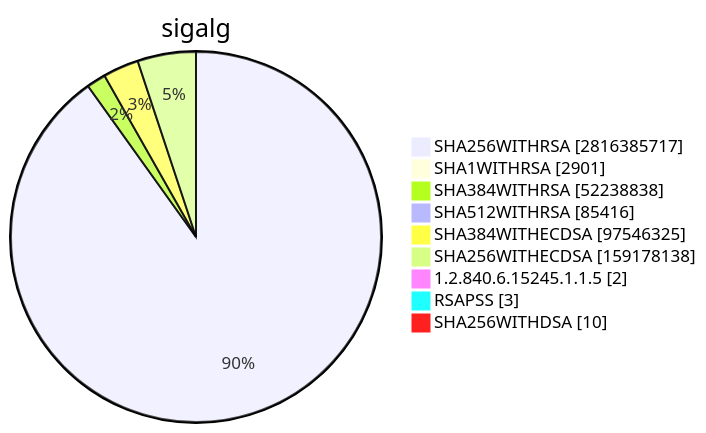
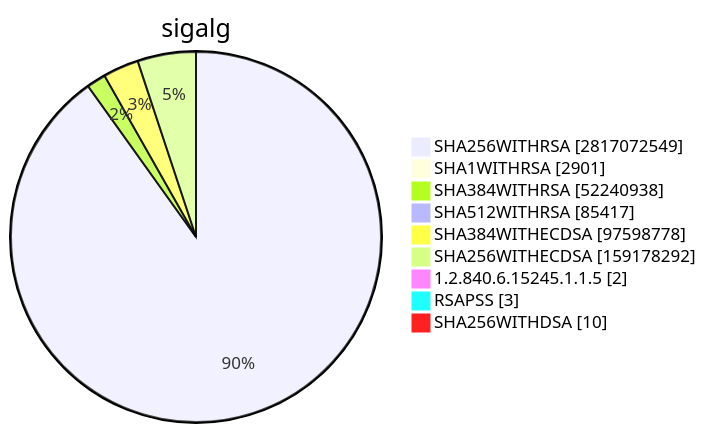
One commit to christiankrug/ctmonitor_visualization changed diagram 15 of 15 in TOTAL/README.md. Above: the diagram before and after it, drawn with Mermaid. The commit also changed other lines of this file, not shown here.

````diff
--- a/TOTAL/README.md
+++ b/TOTAL/README.md
@@ -6205,13 +6205,13 @@
 ```mermaid
 pie showData
 title sigalg
-"SHA256WITHRSA" :2816385717
+"SHA256WITHRSA" :2817072549
 "SHA1WITHRSA" :2901
-"SHA384WITHRSA" :52238838
-"SHA512WITHRSA" :85416
-"SHA384WITHECDSA" :97546325
-"SHA256WITHECDSA" :159178138
+"SHA384WITHRSA" :52240938
+"SHA512WITHRSA" :85417
+"SHA384WITHECDSA" :97598778
+"SHA256WITHECDSA" :159178292
 "1.2.840.6.15245.1.1.5" :2
 "RSAPSS" :3
 "SHA256WITHDSA" :10
 ```
````
